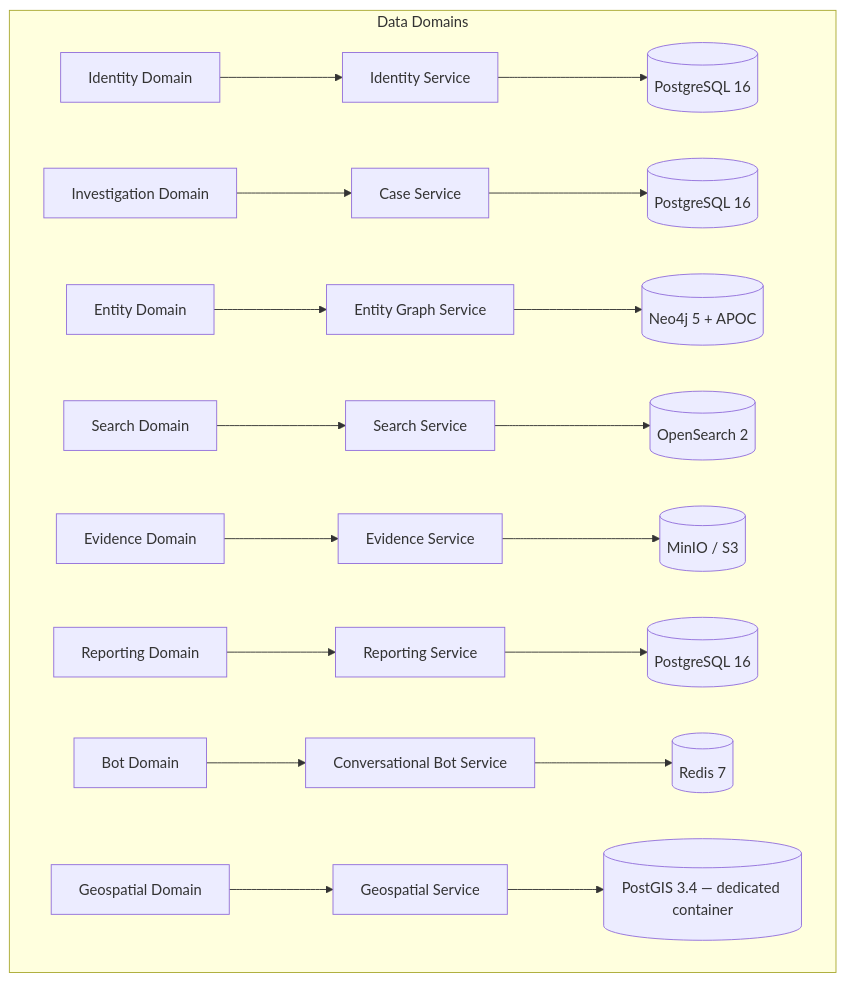
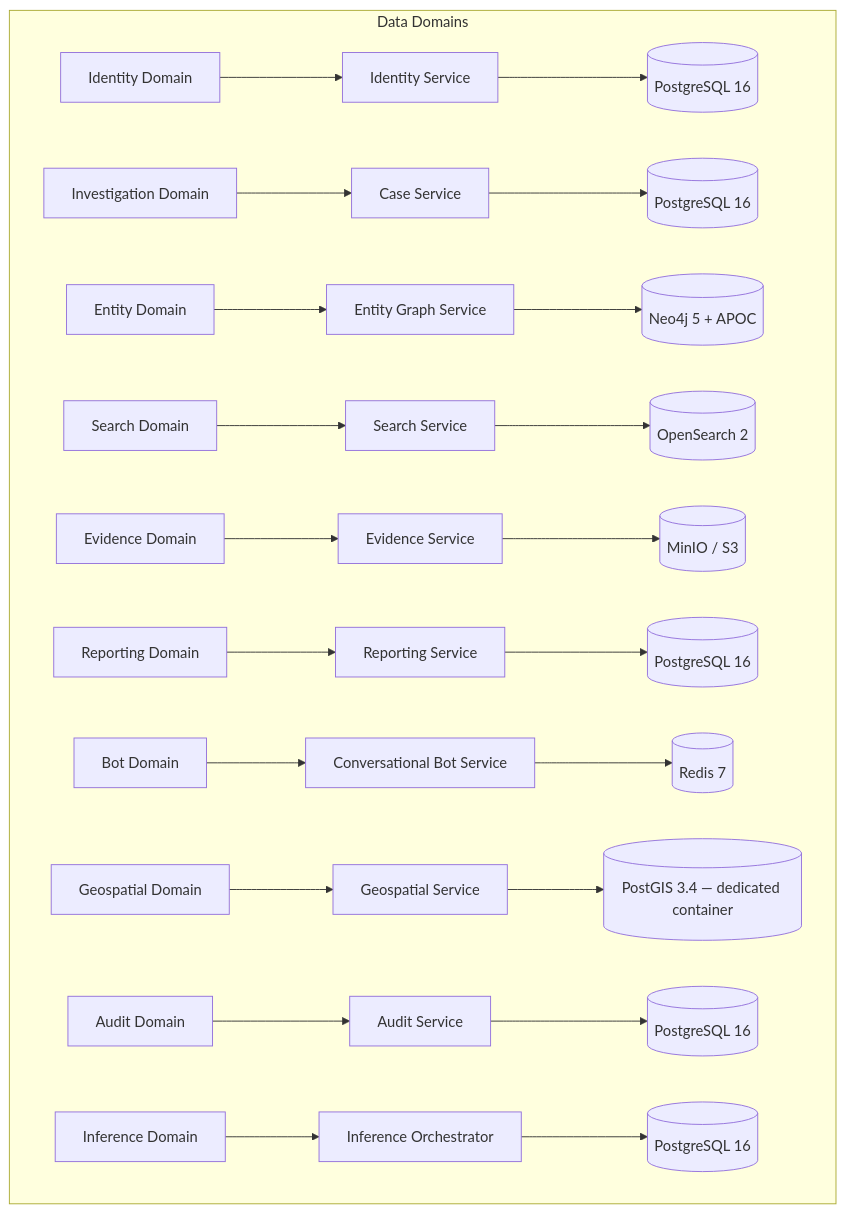
The fourth of 18 diagrams in HLD.md (DigantaSen/Cyber-Fraud-Detection-Service), drawn with Mermaid before and after one commit. The commit also changed other lines of this file and 484 other files, not shown here.

````diff
--- a/HLD.md
+++ b/HLD.md
@@ -207,13 +256,15 @@
 ```mermaid
 flowchart TD
     subgraph Data Domains
         IdD[Identity Domain] --> IdS[Identity Service] --> IdDB[(PostgreSQL 16)]
         CaseD[Investigation Domain] --> CaseS[Case Service] --> CaseDB[(PostgreSQL 16)]
         GraphD[Entity Domain] --> GraphS[Entity Graph Service] --> GraphDB[(Neo4j 5 + APOC)]
         SearchD[Search Domain] --> SearchS[Search Service] --> SearchDB[(OpenSearch 2)]
         EvidD[Evidence Domain] --> EvidS[Evidence Service] --> EvidDB[(MinIO / S3)]
         ReportD[Reporting Domain] --> ReportS[Reporting Service] --> ReportDB[(PostgreSQL 16)]
         BotD[Bot Domain] --> BotS[Conversational Bot Service] --> BotDB[(Redis 7)]
         GeoD[Geospatial Domain] --> GeoS[Geospatial Service] --> GeoDB[(PostGIS 3.4 — dedicated container)]
+        AuditD[Audit Domain] --> AuditS[Audit Service] --> AuditDB[(PostgreSQL 16)]
+        OrchD[Inference Domain] --> OrchS[Inference Orchestrator] --> OrchDB[(PostgreSQL 16)]
     end
 ```
````
